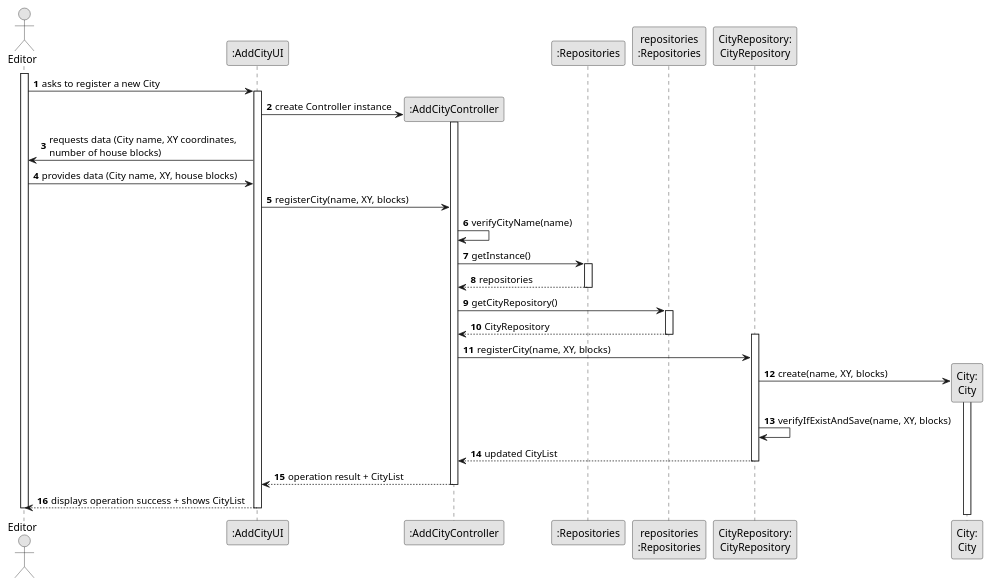
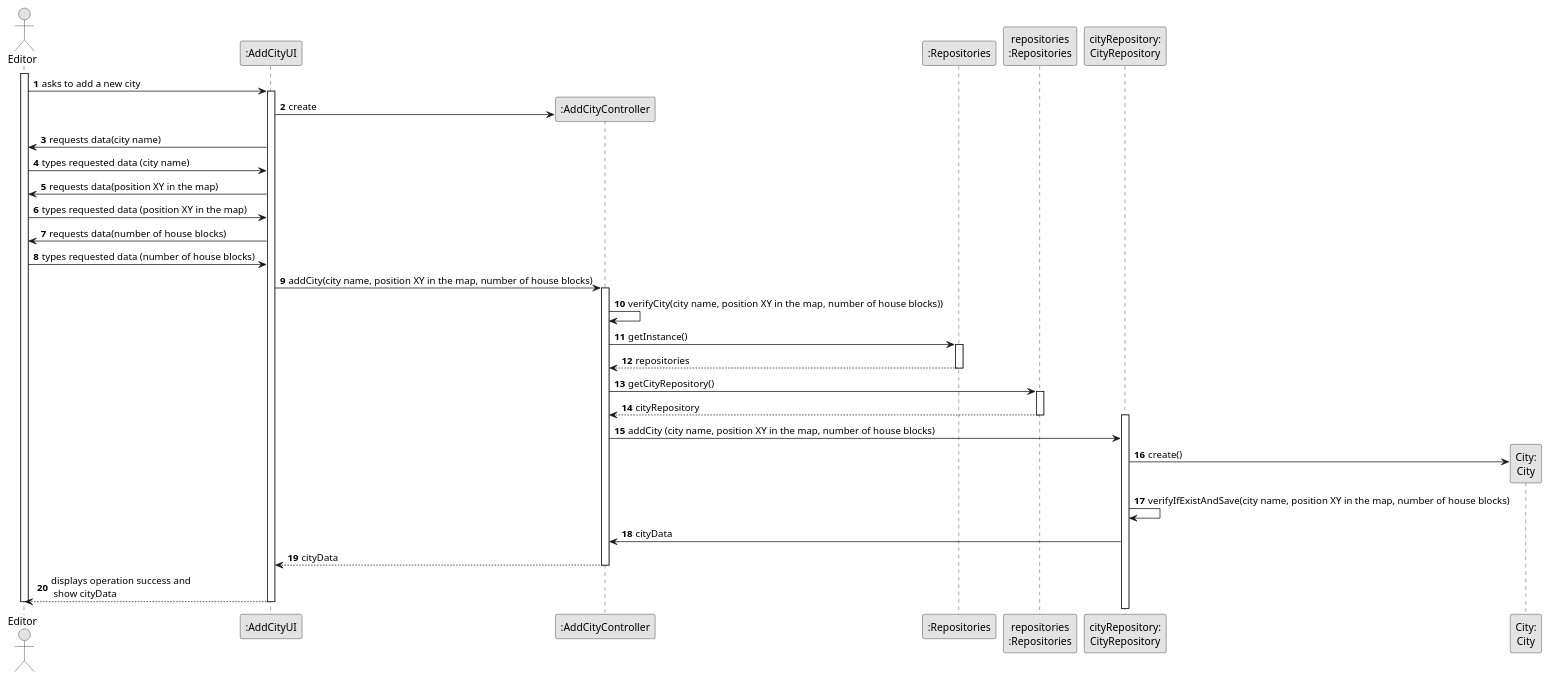
The diagram in docs/sprint2/us003/03.design/puml/us003-sequence-diagram-full.puml (ivasduarte/all-aboard), drawn with PlantUML before and after one commit. The commit also changed 3 other files, not shown here.

```diff
--- a/docs/sprint2/us003/03.design/puml/us003-sequence-diagram-full.puml
+++ b/docs/sprint2/us003/03.design/puml/us003-sequence-diagram-full.puml
@@ -1,63 +1,76 @@
 @startuml
 skinparam monochrome true
 skinparam packageStyle rectangle
 skinparam shadowing false
 
 autonumber
 
+'hide footbox
 actor "Editor" as Editor
 participant ":AddCityUI" as UI
 participant ":AddCityController" as CTRL
 participant ":Repositories" as RepositorySingleton
 participant "repositories\n:Repositories" as PLAT
-participant "CityRepository:\nCityRepository" as CityRepository
+participant "cityRepository:\nCityRepository" as cityRepository
 participant "City:\nCity" as City
 
-' Begin
+
 activate Editor
 
-    Editor -> UI : asks to register a new City
-    activate UI
+        Editor -> UI : asks to add a new city
 
-        UI -> CTRL ** : create Controller instance
-        activate CTRL
+        activate UI
+            UI -> CTRL** : create
 
-        UI -> Editor : requests data (City name, XY coordinates, \nnumber of house blocks)
-        Editor -> UI : provides data (City name, XY, house blocks)
+         UI -> Editor : requests data(city name)
+         Editor -> UI : types requested data (city name)
+         UI -> Editor : requests data(position XY in the map)
+         Editor -> UI : types requested data (position XY in the map)
+        UI -> Editor : requests data(number of house blocks)
+         Editor -> UI : types requested data (number of house blocks)
 
-        UI -> CTRL : registerCity(name, XY, blocks)
+            UI -> CTRL : addCity(city name, position XY in the map, number of house blocks)
 
-            CTRL -> CTRL : verifyCityName(name)
+            activate CTRL
+            CTRL -> CTRL : verifyCity(city name, position XY in the map, number of house blocks))
 
-            CTRL -> RepositorySingleton : getInstance()
-            activate RepositorySingleton
-                RepositorySingleton --> CTRL : repositories
-            deactivate RepositorySingleton
 
-            CTRL -> PLAT : getCityRepository()
-            activate PLAT
-                PLAT --> CTRL : CityRepository
-            deactivate PLAT
+                CTRL -> RepositorySingleton : getInstance()
+                activate RepositorySingleton
 
-            activate CityRepository
+                    RepositorySingleton --> CTRL: repositories
+                deactivate RepositorySingleton
 
-                CTRL -> CityRepository : registerCity(name, XY, blocks)
+                CTRL -> PLAT : getCityRepository()
+                activate PLAT
 
-                CityRepository -> City ** : create(name, XY, blocks)
-                activate City
-                deactivate City
+                    PLAT --> CTRL: cityRepository
+                deactivate PLAT
 
-                CityRepository -> CityRepository : verifyIfExistAndSave(name, XY, blocks)
 
-                CityRepository --> CTRL : updated CityList
+                activate cityRepository
 
-            deactivate CityRepository
 
-        CTRL --> UI : operation result + CityList
-        deactivate CTRL
+                    CTRL -> cityRepository : addCity (city name, position XY in the map, number of house blocks)
 
-    UI --> Editor : displays operation success + shows CityList
+                    cityRepository -> City** : create()
+
+
+                    cityRepository -> cityRepository : verifyIfExistAndSave(city name, position XY in the map, number of house blocks)
+
+
+
+
+                cityRepository -> CTRL : cityData
+
+
+                CTRL --> UI : cityData
+            deactivate CTRL
+
+
+            UI --> Editor : displays operation success and \n show cityData
     deactivate UI
 
 deactivate Editor
+
 @enduml
```
